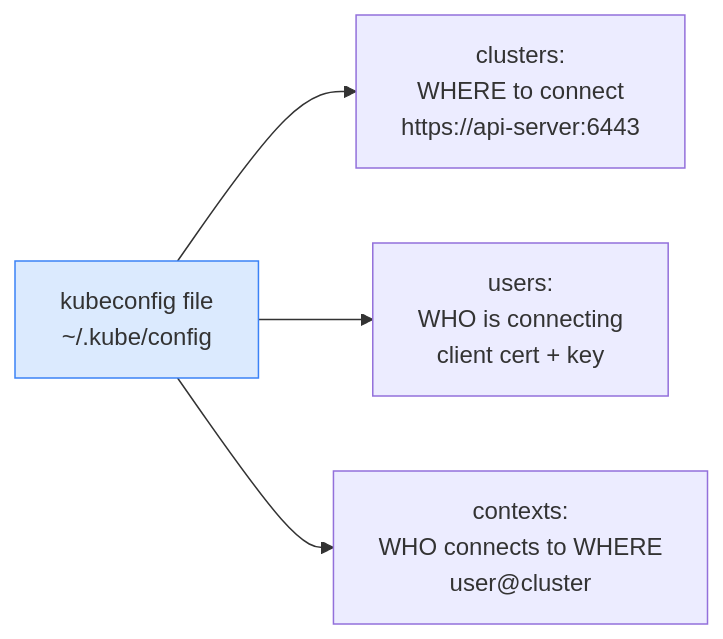
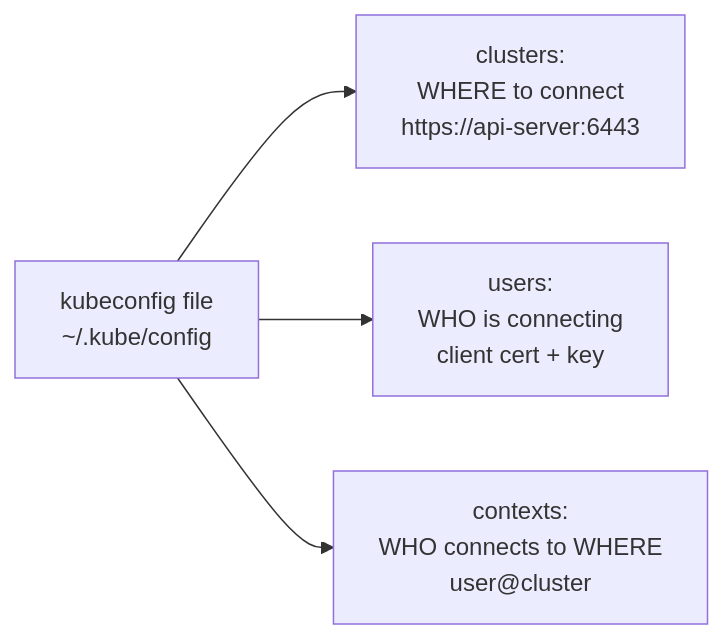
Before and after one commit to Gautam4424/k8slearn-content: the second of 2 diagrams in content/cka/09-security-rbac-tls-psa-networkpolicy/91-authentication-kubeconfig/91-authentication-kubeconfig.md, drawn with Mermaid. The commit also changed other lines of this file and 40 other files, not shown here.

Commit message:
chore: fix mermaid style regex

````diff
--- a/content/cka/09-security-rbac-tls-psa-networkpolicy/91-authentication-kubeconfig/91-authentication-kubeconfig.md
+++ b/content/cka/09-security-rbac-tls-psa-networkpolicy/91-authentication-kubeconfig/91-authentication-kubeconfig.md
@@ -39,9 +38,8 @@
 ```mermaid
 flowchart LR
     KC["kubeconfig file\n~/.kube/config"]
     CL["clusters:\nWHERE to connect\nhttps://api-server:6443"]
     US["users:\nWHO is connecting\nclient cert + key"]
     CT["contexts:\nWHO connects to WHERE\nuser@cluster"]
     KC --> CL & US & CT
-    style KC fill:#dbeafe,stroke:#3b82f6
 ```
````
